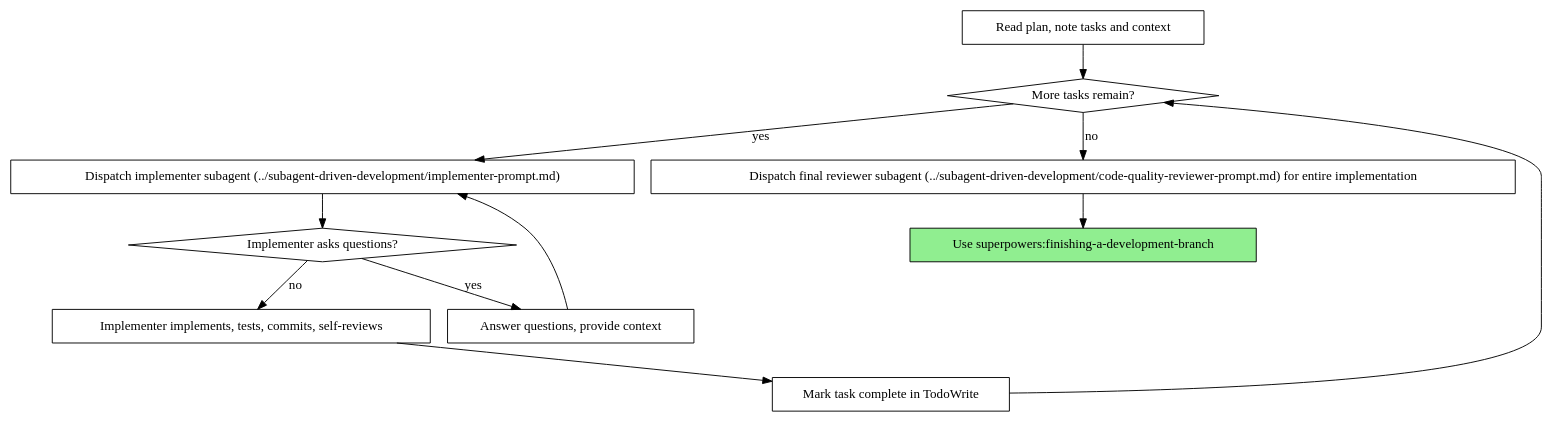
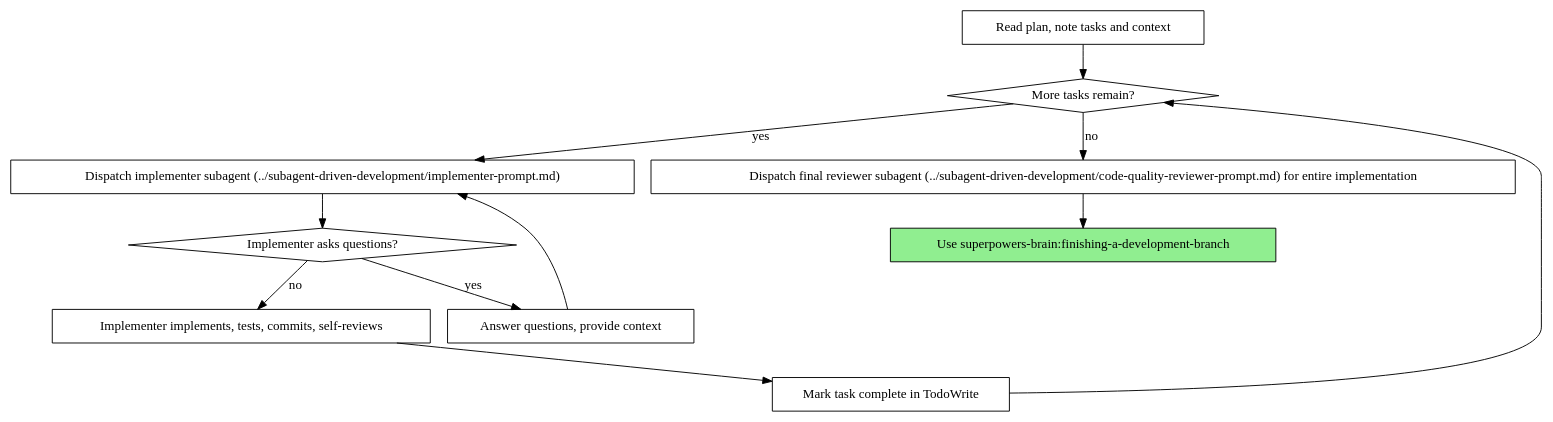
One commit to Rob-Morris/superpowers changed the second of 2 diagrams in skills/subagent-driven-development-light/SKILL.md. Above: the diagram before and after it, drawn with Graphviz. The commit also changed other lines of this file and 36 other files, not shown here.

First line of the commit message:
fork: rename plugin to superpowers-brain

````diff
--- a/skills/subagent-driven-development-light/SKILL.md
+++ b/skills/subagent-driven-development-light/SKILL.md
@@ -40,26 +40,26 @@
 ```dot
 digraph process {
     rankdir=TB;
 
     "Read plan, note tasks and context" [shape=box];
     "More tasks remain?" [shape=diamond];
     "Dispatch implementer subagent (../subagent-driven-development/implementer-prompt.md)" [shape=box];
     "Implementer asks questions?" [shape=diamond];
     "Answer questions, provide context" [shape=box];
     "Implementer implements, tests, commits, self-reviews" [shape=box];
     "Mark task complete in TodoWrite" [shape=box];
     "Dispatch final reviewer subagent (../subagent-driven-development/code-quality-reviewer-prompt.md) for entire implementation" [shape=box];
-    "Use superpowers:finishing-a-development-branch" [shape=box style=filled fillcolor=lightgreen];
+    "Use superpowers-brain:finishing-a-development-branch" [shape=box style=filled fillcolor=lightgreen];
 
     "Read plan, note tasks and context" -> "More tasks remain?";
     "More tasks remain?" -> "Dispatch implementer subagent (../subagent-driven-development/implementer-prompt.md)" [label="yes"];
     "Dispatch implementer subagent (../subagent-driven-development/implementer-prompt.md)" -> "Implementer asks questions?";
     "Implementer asks questions?" -> "Answer questions, provide context" [label="yes"];
     "Answer questions, provide context" -> "Dispatch implementer subagent (../subagent-driven-development/implementer-prompt.md)";
     "Implementer asks questions?" -> "Implementer implements, tests, commits, self-reviews" [label="no"];
     "Implementer implements, tests, commits, self-reviews" -> "Mark task complete in TodoWrite";
     "Mark task complete in TodoWrite" -> "More tasks remain?";
     "More tasks remain?" -> "Dispatch final reviewer subagent (../subagent-driven-development/code-quality-reviewer-prompt.md) for entire implementation" [label="no"];
-    "Dispatch final reviewer subagent (../subagent-driven-development/code-quality-reviewer-prompt.md) for entire implementation" -> "Use superpowers:finishing-a-development-branch";
+    "Dispatch final reviewer subagent (../subagent-driven-development/code-quality-reviewer-prompt.md) for entire implementation" -> "Use superpowers-brain:finishing-a-development-branch";
 }
 ```
````
